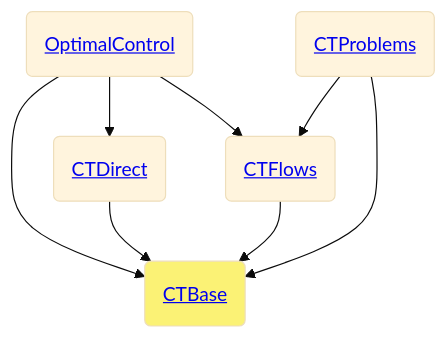
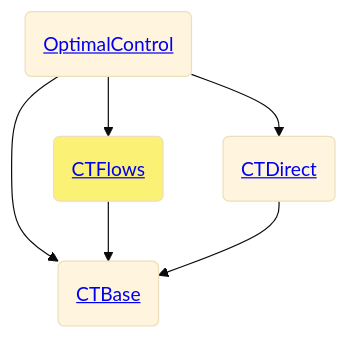
One commit to control-toolbox/CTBase.jl changed the diagram in docs/src/index.md. Above: the diagram before and after it, drawn with Mermaid (base theme). The commit also changed other lines of this file and 20 other files, not shown here.

````diff
--- a/docs/src/index.md
+++ b/docs/src/index.md
@@ -9,11 +9,9 @@
 ```mermaid
 flowchart TD
-O(<a href='https://control-toolbox.org/OptimalControl.jl/stable/'>OptimalControl</a>) --> B(<a href='https://control-toolbox.org/CTBase.jl/stable/'>CTBase</a>)
-O --> D(<a href='https://control-toolbox.org/CTDirect.jl/stable/'>CTDirect</a>)
-O --> F(<a href='https://control-toolbox.org/CTFlows.jl/stable/'>CTFlows</a>)
-P(<a href='https://control-toolbox.org/CTProblems/stable/'>CTProblems</a>) --> F
-P --> B
+O(<a href='https://control-toolbox.org/OptimalControl.jl/stable/'>OptimalControl</a>) --> B(<a href='https://control-toolbox.org/OptimalControl.jl/stable/api-ctbase.html'>CTBase</a>)
+O --> D(<a href='https://control-toolbox.org/OptimalControl.jl/stable/api-ctdirect.html'>CTDirect</a>)
+O --> F(<a href='https://control-toolbox.org/OptimalControl.jl/stable/api-ctflows.html'>CTFlows</a>)
 F --> B
 D --> B
-style B fill:#FBF275
+style F fill:#FBF275
 ```
````
